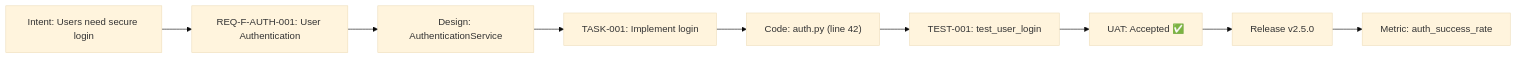
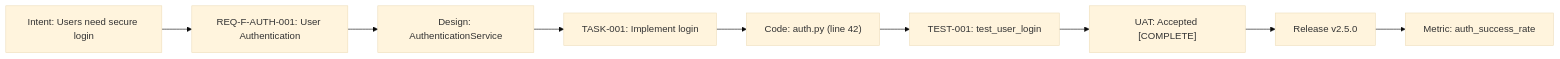
Before and after one commit to foolishimp/ai_sdlc_method: the fifth of 8 diagrams in docs/requirements/AI_SDLC_REQUIREMENTS.md, drawn with Mermaid (base theme). The commit also changed other lines of this file and 21 other files, not shown here.

````diff
--- a/docs/requirements/AI_SDLC_REQUIREMENTS.md
+++ b/docs/requirements/AI_SDLC_REQUIREMENTS.md
@@ -1792,21 +1790,21 @@
 ```mermaid
 flowchart LR
     INTENT["Intent: Users need secure login"]
     REQ["REQ-F-AUTH-001: User Authentication"]
     DESIGN["Design: AuthenticationService"]
     TASK["TASK-001: Implement login"]
     CODE["Code: auth.py (line 42)"]
     TEST["TEST-001: test_user_login"]
-    UAT["UAT: Accepted ✅"]
+    UAT["UAT: Accepted [COMPLETE]"]
     DEPLOY["Release v2.5.0"]
     RUNTIME["Metric: auth_success_rate"]
 
     INTENT --> REQ
     REQ --> DESIGN
     DESIGN --> TASK
     TASK --> CODE
     CODE --> TEST
     TEST --> UAT
     UAT --> DEPLOY
     DEPLOY --> RUNTIME
 ```
````
